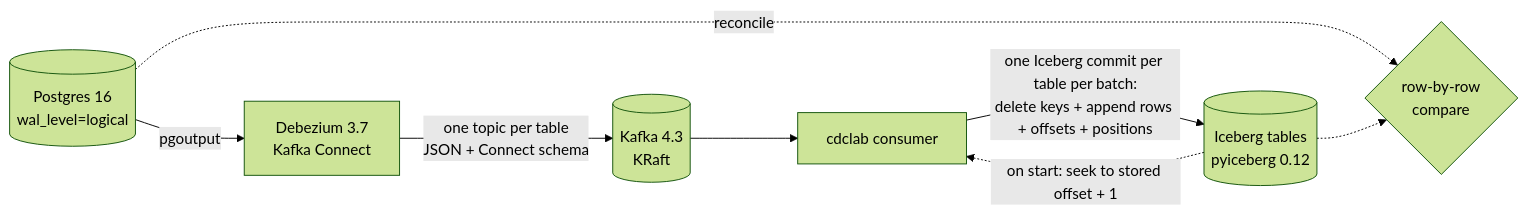
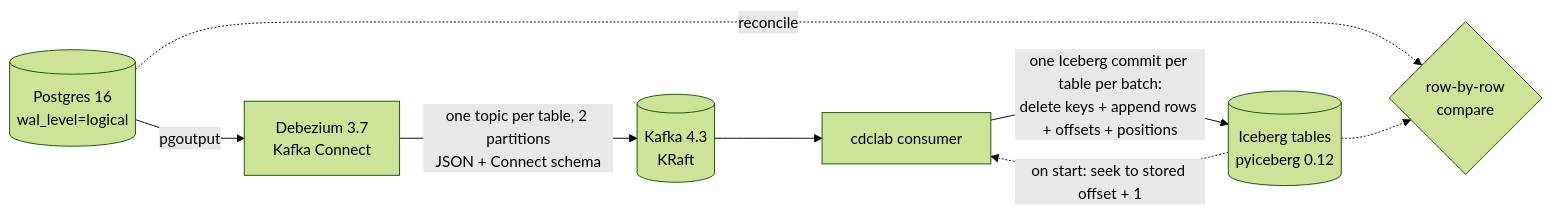
The diagram in README.md (amritanshagrawal99/cdc-lakehouse-lab), drawn with Mermaid (forest theme) before and after one commit. The commit also changed other lines of this file and 4 other files, not shown here.

````diff
--- a/README.md
+++ b/README.md
@@ -10,10 +10,10 @@
 ```mermaid
 flowchart LR
     PG[(Postgres 16<br/>wal_level=logical)] -->|pgoutput| DBZ[Debezium 3.7<br/>Kafka Connect]
-    DBZ -->|one topic per table<br/>JSON + Connect schema| K[(Kafka 4.3<br/>KRaft)]
+    DBZ -->|one topic per table, 2 partitions<br/>JSON + Connect schema| K[(Kafka 4.3<br/>KRaft)]
     K --> C[cdclab consumer]
     C -->|"one Iceberg commit per table per batch:<br/>delete keys + append rows + offsets + positions"| ICE[(Iceberg tables<br/>pyiceberg 0.12)]
     ICE -.->|"on start: seek to stored offset + 1"| C
     PG -.->|reconcile| R{row-by-row<br/>compare}
     ICE -.-> R
 ```
````
